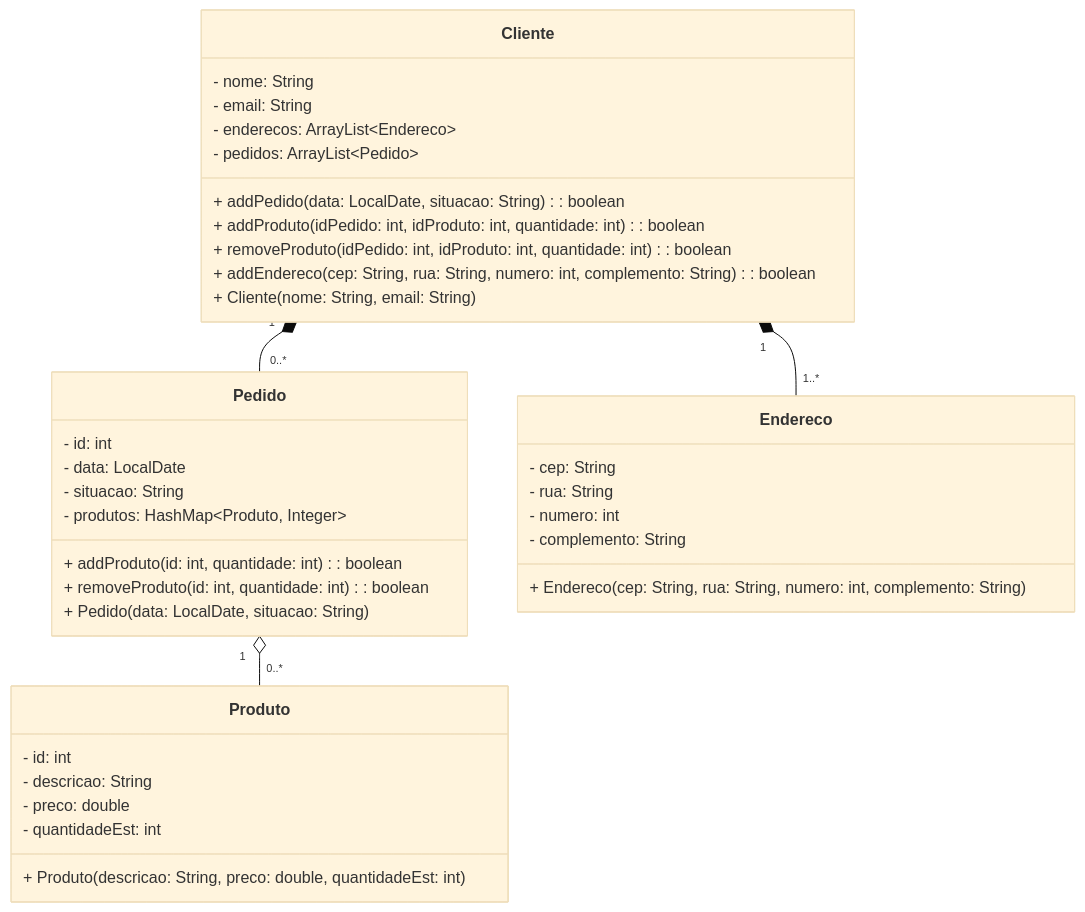
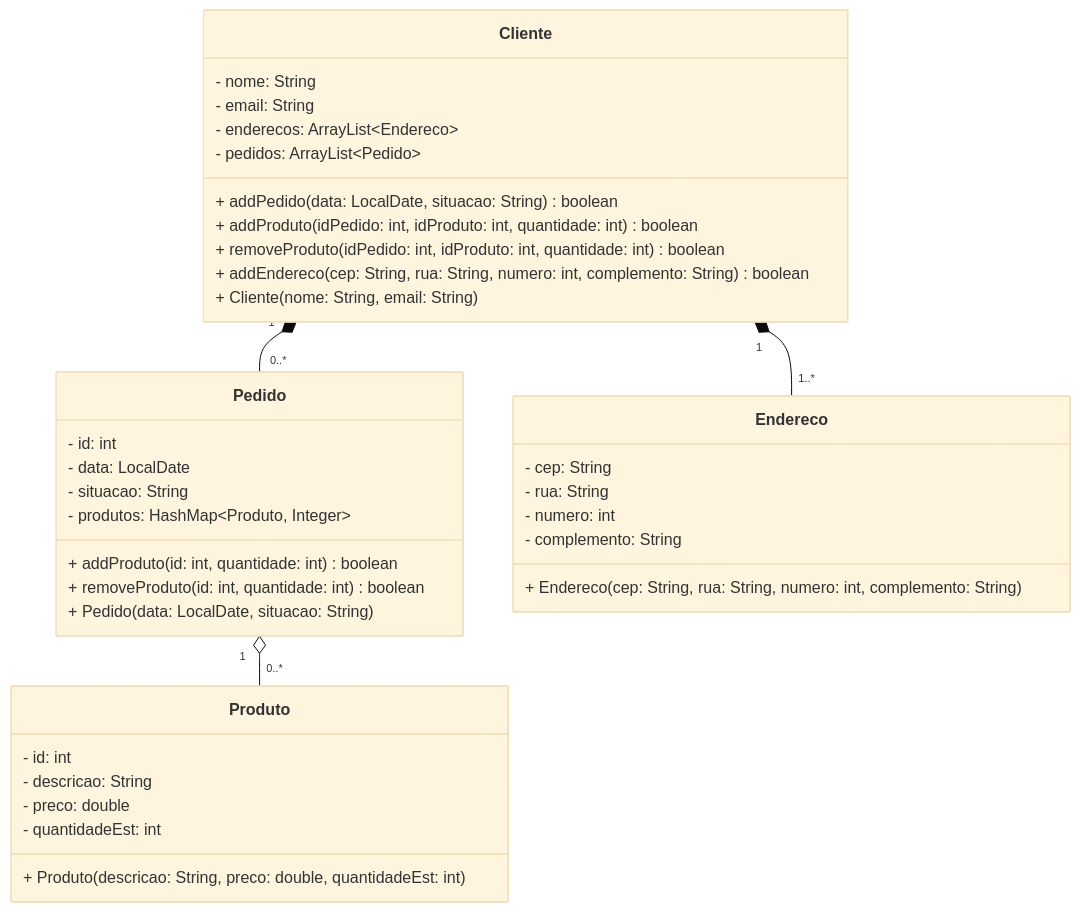
The first of 2 diagrams in lab_04/README.md (sfvini/POO), drawn with Mermaid (base theme) before and after one commit. The commit also changed other lines of this file, not shown here.

````diff
--- a/lab_04/README.md
+++ b/lab_04/README.md
@@ -9,46 +9,46 @@
 ```mermaid
 classDiagram
     direction BT
 
     Pedido"0..*" --* "1"Cliente
     Produto"0..*" --o "1"Pedido
     Endereco"1..*" --* "1"Cliente
 
     class Produto {
         - id: int
         - descricao: String
         - preco: double
         - quantidadeEst: int
         + Produto(descricao: String, preco: double, quantidadeEst: int)
     }
 
     class Cliente {
         - nome: String
         - email: String
         - enderecos: ArrayList~Endereco~
         - pedidos: ArrayList~Pedido~
-        + addPedido(data: LocalDate, situacao: String): boolean
-        + addProduto(idPedido: int, idProduto: int, quantidade: int): boolean
-        + removeProduto(idPedido: int, idProduto: int, quantidade: int): boolean
-        + addEndereco(cep: String, rua: String, numero: int, complemento: String): boolean
+        + addPedido(data: LocalDate, situacao: String) boolean
+        + addProduto(idPedido: int, idProduto: int, quantidade: int) boolean
+        + removeProduto(idPedido: int, idProduto: int, quantidade: int) boolean
+        + addEndereco(cep: String, rua: String, numero: int, complemento: String) boolean
         + Cliente(nome: String, email: String)
     }
 
     class Pedido {
         - id: int
         - data: LocalDate
         - situacao: String
         - produtos: HashMap~Produto, Integer~
-        + addProduto(id: int, quantidade: int): boolean
-        + removeProduto(id: int, quantidade: int): boolean
+        + addProduto(id: int, quantidade: int) boolean
+        + removeProduto(id: int, quantidade: int) boolean
         + Pedido(data: LocalDate, situacao: String)
     }
 
     class Endereco {
         - cep: String
         - rua: String
         - numero: int
         - complemento: String
         + Endereco(cep: String, rua: String, numero: int, complemento: String)
     }
 ```
````
